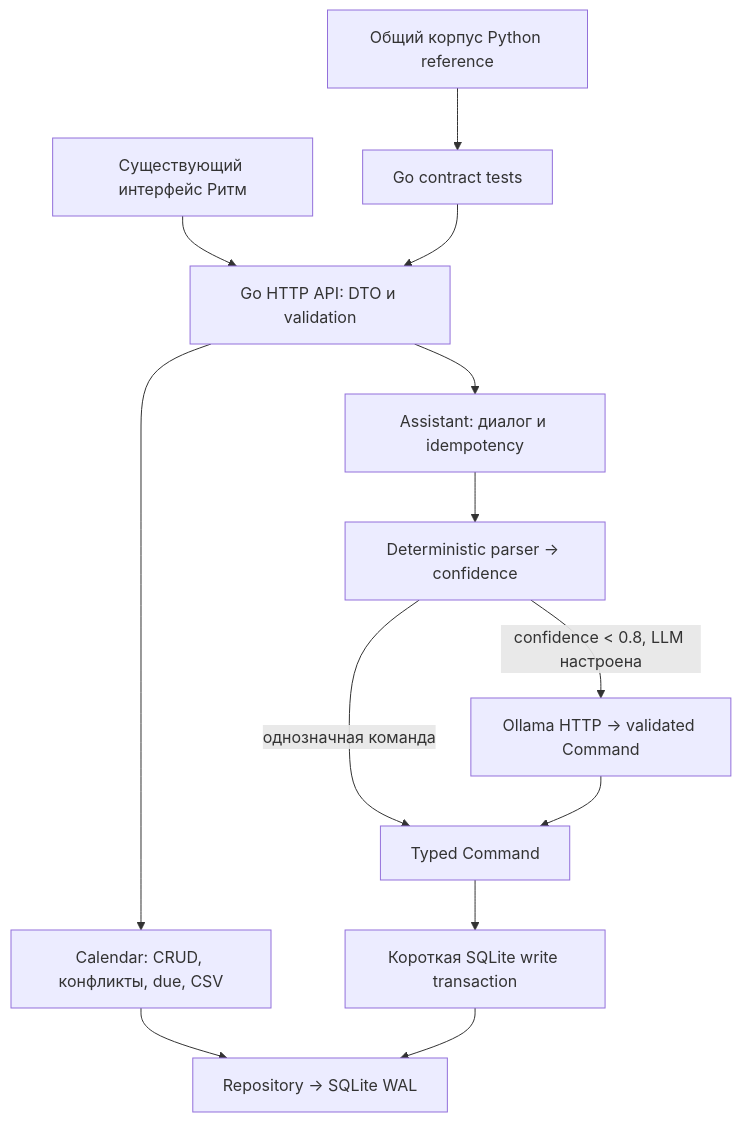
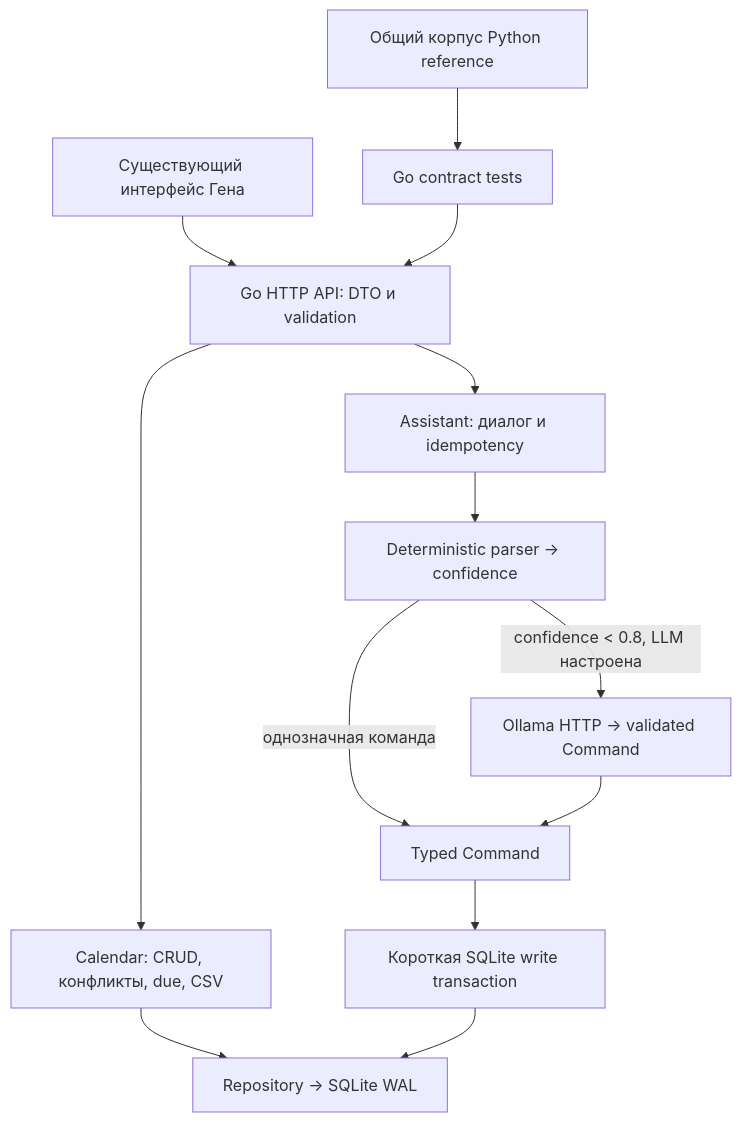
The first of 2 diagrams in docs/GO_PARITY.md (NIDJEL/assistant-ai), drawn with Mermaid before and after one commit. The commit also changed other lines of this file and 139 other files, not shown here.

````diff
--- a/docs/GO_PARITY.md
+++ b/docs/GO_PARITY.md
@@ -9,15 +9,15 @@
 ```mermaid
 flowchart TD
-    UI["Существующий интерфейс Ритм"] --> API["Go HTTP API: DTO и validation"]
+    UI["Существующий интерфейс Гена"] --> API["Go HTTP API: DTO и validation"]
     API --> Chat["Assistant: диалог и idempotency"]
     API --> Calendar["Calendar: CRUD, конфликты, due, CSV"]
     Chat --> NLP["Deterministic parser → confidence"]
     NLP -->|"confidence < 0.8, LLM настроена"| LLM["Ollama HTTP → validated Command"]
     NLP -->|"однозначная команда"| Command["Typed Command"]
     LLM --> Command
     Command --> Write["Короткая SQLite write transaction"]
     Calendar --> Storage["Repository → SQLite WAL"]
     Write --> Storage
     Corpus["Общий корпус Python reference"] --> Contracts["Go contract tests"]
     Contracts --> API
 ```
````
